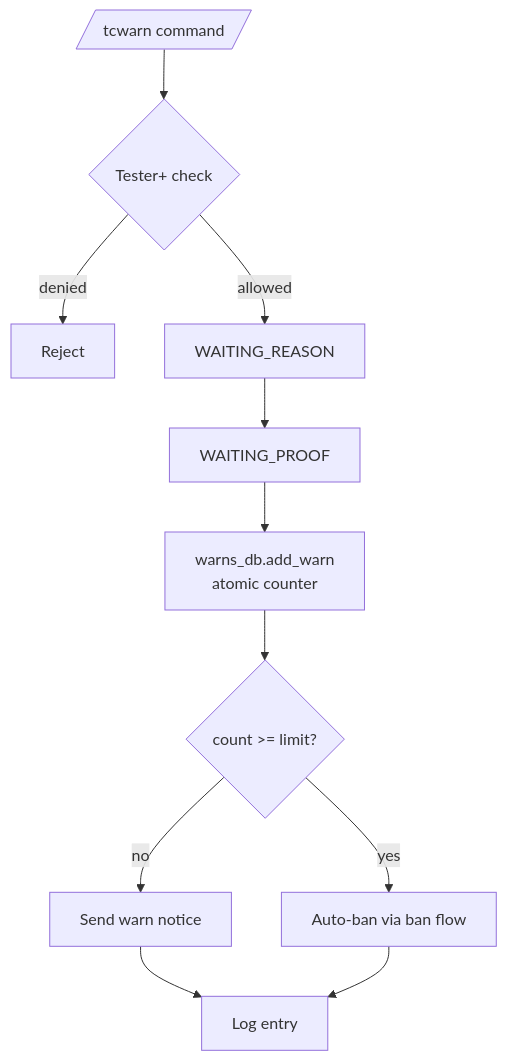
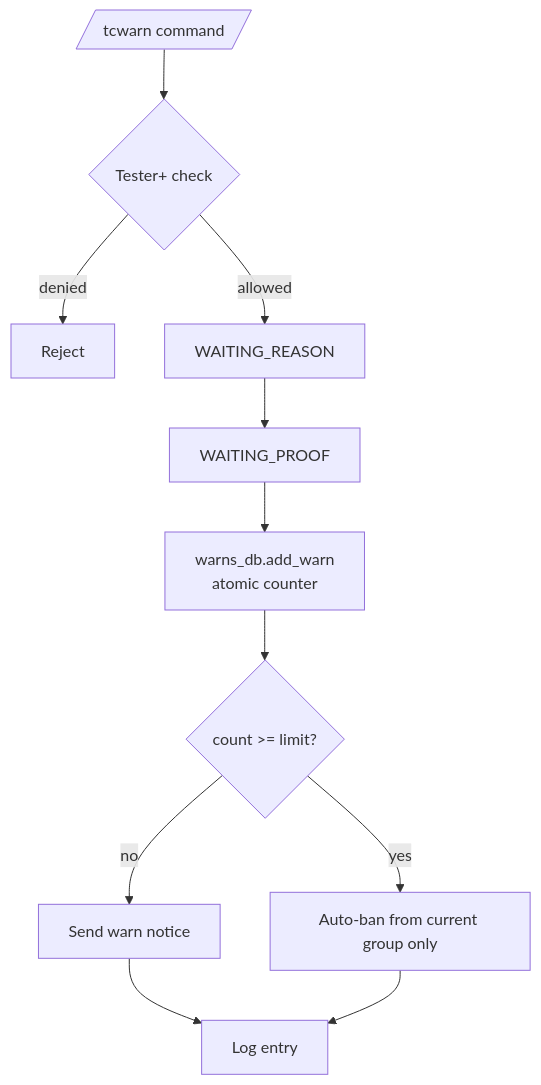
One commit to D1ZZY4/tcbot changed the diagram in docs/warnings-detailed.md. Above: the diagram before and after it, drawn with Mermaid. The commit also changed 11 other files, not shown here.

````diff
--- a/docs/warnings-detailed.md
+++ b/docs/warnings-detailed.md
@@ -7,13 +7,13 @@
 ```mermaid
 flowchart TD
     Cmd[/tcwarn command/] --> Permission{Tester+ check}
     Permission -->|denied| End1[Reject]
     Permission -->|allowed| Reason[WAITING_REASON]
     Reason --> Proof[WAITING_PROOF]
     Proof --> AddWarn[warns_db.add_warn<br/>atomic counter]
     AddWarn --> Check{count >= limit?}
     Check -->|no| Notify[Send warn notice]
-    Check -->|yes| AutoBan[Auto-ban via ban flow]
+    Check -->|yes| AutoBan[Auto-ban from current group only]
     Notify --> Log[Log entry]
     AutoBan --> Log
 ```
````
